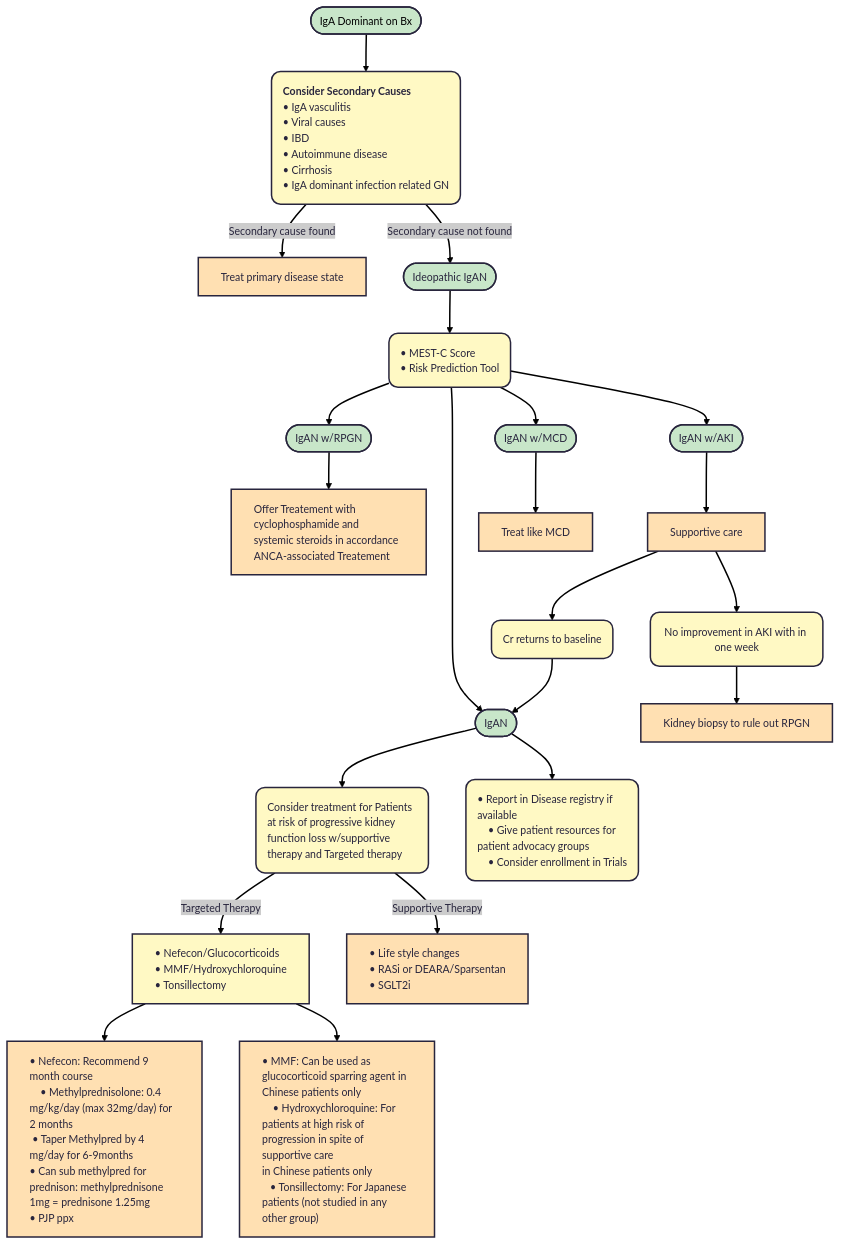
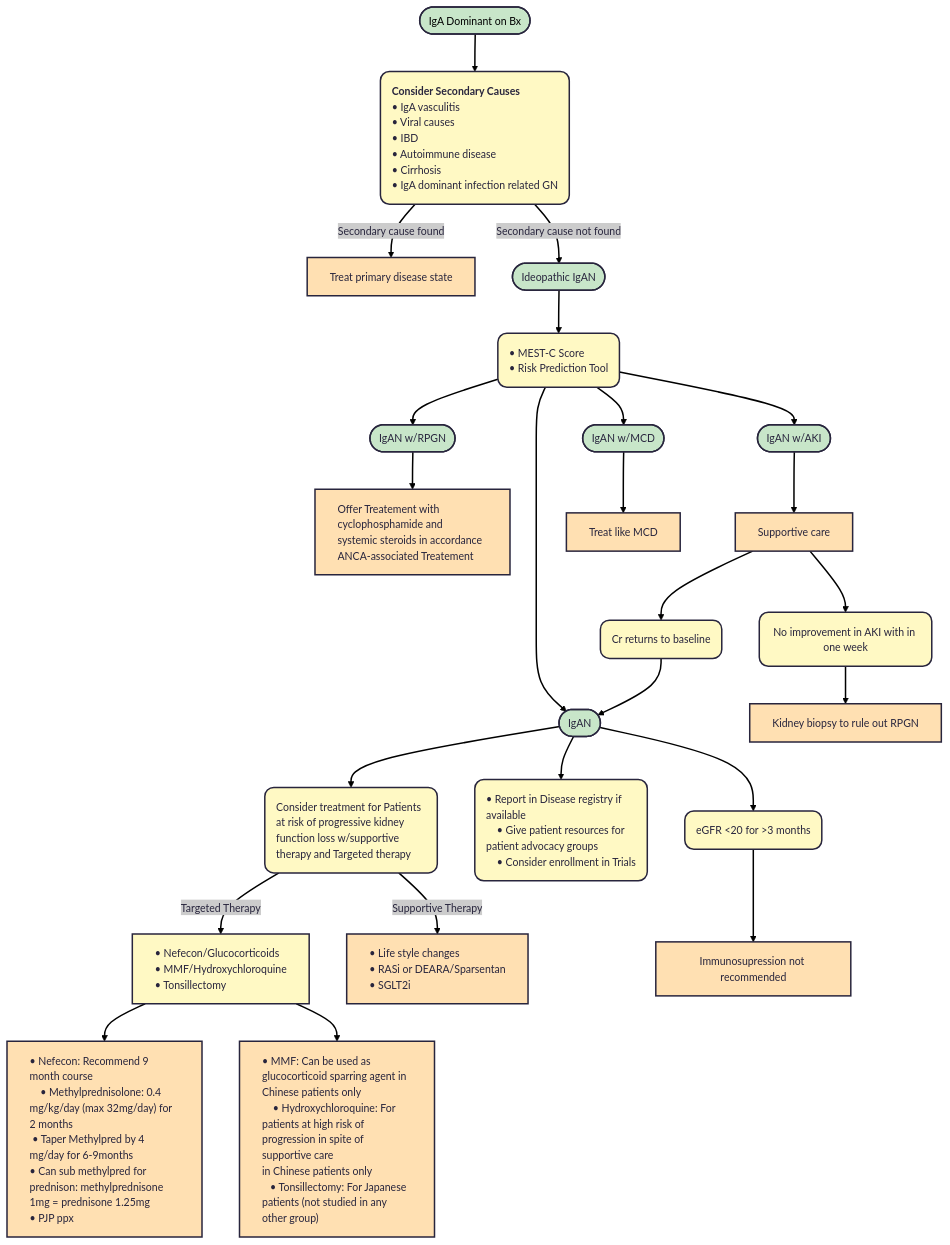
One commit to TTUNEPH2025/GN changed the diagram in docs/IGAN.md. Above: the diagram before and after it, drawn with Mermaid.

````diff
--- a/docs/IGAN.md
+++ b/docs/IGAN.md
@@ -101,73 +101,78 @@
 ```mermaid
 ---
 config:
   theme: redux
 ---
 flowchart TB
     A(["IgA Dominant on Bx"]) --> n1["`**Consider Secondary Causes**
     • IgA vasculitis
     • Viral causes
     • IBD
     • Autoimmune disease
     • Cirrhosis 
     • IgA dominant infection related GN`"]
     n1 -- Secondary cause found --> n2["Treat primary disease state"]
     n1 -- Secondary cause not found --> n3(["Ideopathic IgAN"])
     n3 --> n4["• MEST-C Score
     • Risk Prediction Tool"]
     n4 --> n9(["IgAN w/RPGN"]) & n13(["IgAN w/MCD"]) & n14(["IgAN w/AKI"]) & n15(["IgAN"])
     n6["Consider treatment for Patients at risk of progressive kidney function loss w/supportive therapy and Targeted therapy"] -- Targeted Therapy --> n7["• Nefecon/Glucocorticoids
     • MMF/Hydroxychloroquine
     • Tonsillectomy"]
     n6 -- Supportive Therapy --> n8["• Life style changes
     • RASi or DEARA/Sparsentan
     • SGLT2i"]
     n9 --> n10["Offer Treatement with cyclophosphamide and systemic steroids in accordance ANCA-associated Treatement"]
     n7 --> n11["• Nefecon: Recommend 9 month course
     • Methylprednisolone: 0.4 mg/kg/day (max 32mg/day) for 2 months
  • Taper Methylpred by 4 mg/day for 6-9months
 • Can sub methylpred for prednison: methylprednisone 1mg = prednisone 1.25mg
 • PJP ppx"] & n12["• MMF: Can be used as glucocorticoid sparring agent in Chinese patients only<br>    • Hydroxychloroquine: For patients at high risk of progression in spite of supportive care<br>in Chinese patients only<br>   • Tonsillectomy: For Japanese patients (not studied in any other group)"]
     n15 --> n5["• Report in Disease registry if available
     • Give patient resources for patient advocacy groups
-    • Consider enrollment in Trials"] & n6
+    • Consider enrollment in Trials"] & n6 & n21["eGFR &lt;20 for &gt;3 months"]
     n14 --> n16["Supportive care"]
     n16 --> n17["No improvement in AKI with in one week"] & n18["Cr returns to baseline"]
     n18 --> n15
     n17 --> n19["Kidney biopsy to rule out RPGN"]
     n13 --> n20["Treat like MCD"]
+    n21 --> n22["Immunosupression not recommended"]
 
     n1@{ shape: rounded}
     n4@{ shape: rounded}
     n6@{ shape: rounded}
     n7@{ shape: rect}
     n8@{ shape: rect}
     n12@{ shape: rect}
     n5@{ shape: rounded}
+    n21@{ shape: rounded}
     n16@{ shape: rect}
     n17@{ shape: rounded}
     n18@{ shape: rounded}
     n19@{ shape: rect}
     n20@{ shape: rect}
+    n22@{ shape: rect}
     style A fill:#C8E6C9,color:#000000
     style n1 fill:#FFF9C4,text-align:left,white-space:nowrap
     style n2 fill:#FFE0B2,text-align:left
     style n3 fill:#C8E6C9,text-align:left
     style n4 fill:#FFF9C4,text-align:left
     style n9 fill:#C8E6C9,text-align:left
     style n13 fill:#C8E6C9
     style n14 fill:#C8E6C9
     style n15 fill:#C8E6C9
     style n6 fill:#FFF9C4,text-align:left
     style n7 fill:#FFF9C4,text-align:left,white-space:nowrap
     style n8 fill:#FFE0B2,text-align:left,white-space:nowrap
     style n10 fill:#FFE0B2,text-align:left
     style n11 fill:#FFE0B2,text-align:left
     style n12 fill:#FFE0B2,text-align:left
     style n5 fill:#FFF9C4,text-align:left
+    style n21 fill:#FFF9C4
     style n16 fill:#FFE0B2
     style n17 fill:#FFF9C4
     style n18 fill:#FFF9C4
     style n19 fill:#FFE0B2
     style n20 fill:#FFE0B2
+    style n22 fill:#FFE0B2
 ```
````
